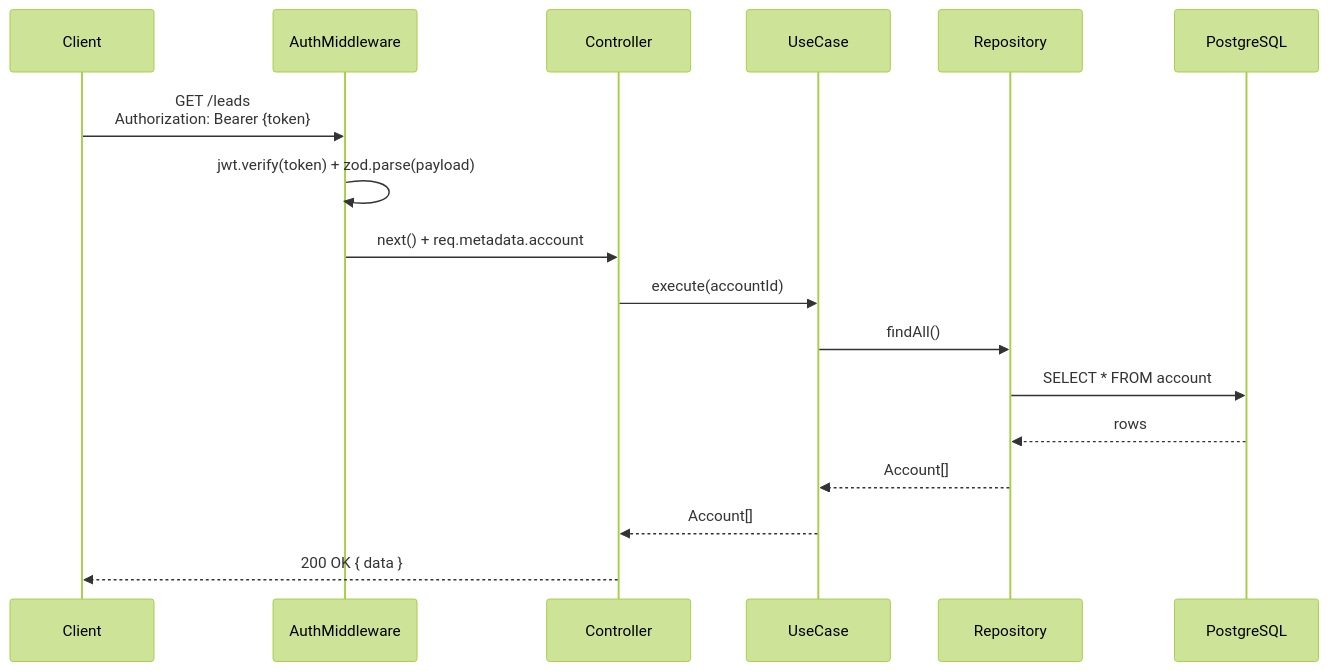
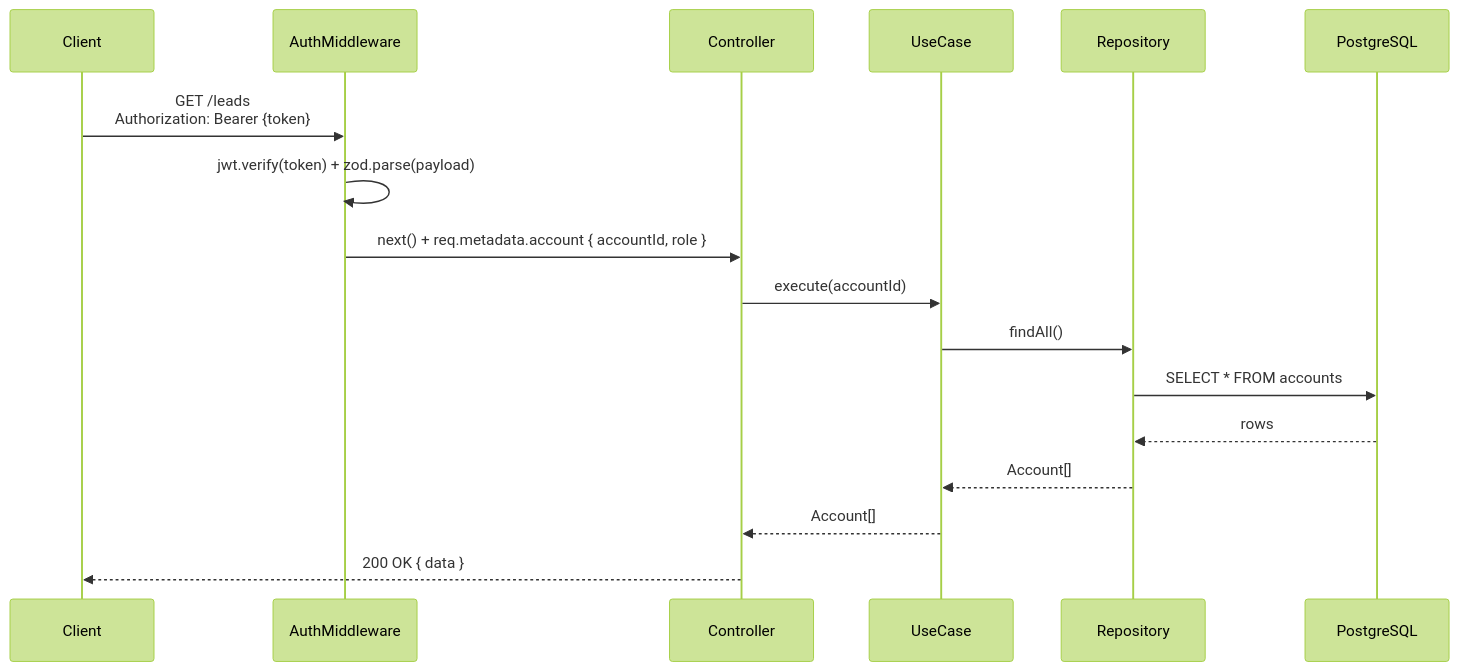
The second of 4 diagrams in README.md (andersonkaiti/node-auth-api), drawn with Mermaid (forest theme) before and after one commit. The commit also changed other lines of this file, not shown here.

````diff
--- a/README.md
+++ b/README.md
@@ -65,20 +65,20 @@
 ```mermaid
 sequenceDiagram
   participant C as Client
   participant MW as AuthMiddleware
   participant CT as Controller
   participant UC as UseCase
   participant R as Repository
   participant DB as PostgreSQL
 
   C->>MW: GET /leads<br/>Authorization: Bearer {token}
   MW->>MW: jwt.verify(token) + zod.parse(payload)
-  MW->>CT: next() + req.metadata.account
+  MW->>CT: next() + req.metadata.account { accountId, role }
   CT->>UC: execute(accountId)
   UC->>R: findAll()
-  R->>DB: SELECT * FROM account
+  R->>DB: SELECT * FROM accounts
   DB-->>R: rows
   R-->>UC: Account[]
   UC-->>CT: Account[]
   CT-->>C: 200 OK { data }
 ```
````
